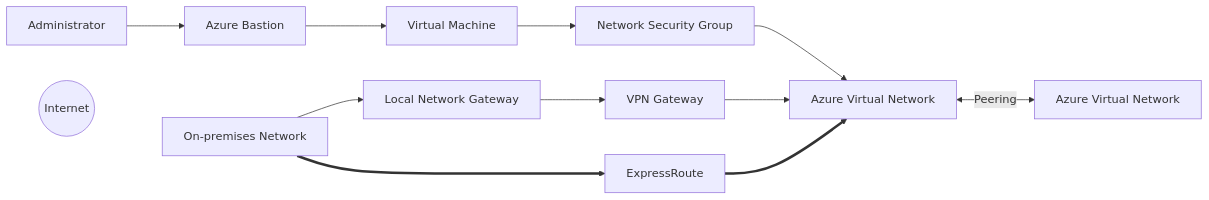
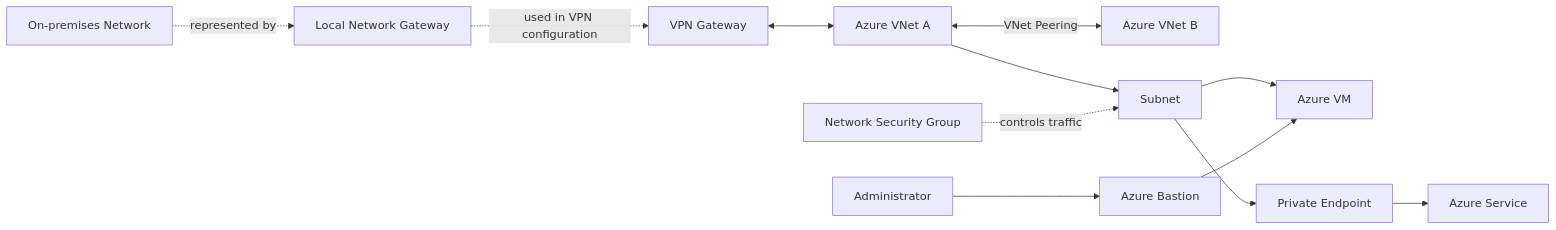
Before and after one commit to zhyordanova/azure-fundamentals-handbook: the diagram in diagrams/azure-networking-overview.md, drawn with Mermaid. The commit also changed other lines of this file and 3 other files, not shown here.

Commit message:
refactor: streamline networking review and reduce diagram duplication

````diff
--- a/diagrams/azure-networking-overview.md
+++ b/diagrams/azure-networking-overview.md
@@ -3,45 +5,37 @@
 ```mermaid
 flowchart LR
 
-    USER[Administrator]
+    ONPREM["On-premises Network"]
+    LNG["Local Network Gateway"]
+    VPN["VPN Gateway"]
 
-    INTERNET((Internet))
+    VNET1["Azure VNet A"]
+    VNET2["Azure VNet B"]
 
-    ONPREM[On-premises Network]
+    SUBNET["Subnet"]
+    VM["Azure VM"]
+    NSG["Network Security Group"]
 
-    VNET1[Azure Virtual Network]
+    ADMIN["Administrator"]
+    BASTION["Azure Bastion"]
 
-    VNET2[Azure Virtual Network]
+    SERVICE["Azure Service"]
+    PE["Private Endpoint"]
 
-    VM[Virtual Machine]
+    ONPREM -. "represented by" .-> LNG
+    LNG -. "used in VPN configuration" .-> VPN
+    VPN <--> VNET1
 
-    NSG[Network Security Group]
+    VNET1 <-->|"VNet Peering"| VNET2
 
-    BASTION[Azure Bastion]
+    VNET1 --> SUBNET
+    SUBNET --> VM
 
-    VPN[VPN Gateway]
+    NSG -. "controls traffic" .-> SUBNET
 
-    ER[ExpressRoute]
-
-    LNG[Local Network Gateway]
-
-    USER --> BASTION
-
+    ADMIN --> BASTION
     BASTION --> VM
 
-    VM --> NSG
-
-    NSG --> VNET1
-
-    VNET1 <-->|Peering| VNET2
-
-    ONPREM --> LNG
-
-    LNG --> VPN
-
-    VPN --> VNET1
-
-    ONPREM ==> ER
-
-    ER ==> VNET1
+    SUBNET --> PE
+    PE --> SERVICE
 ```
````
